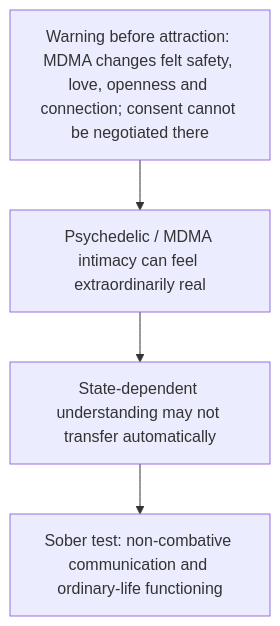
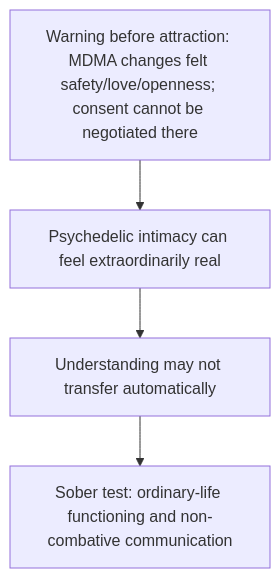
One commit to u-dont-existDOTcom/pangram-humanization-lab changed diagram 14 of 14 in work/romance-current-assembly/ARCHITECTURE.md. Above: the diagram before and after it, drawn with Mermaid. The commit also changed other lines of this file, not shown here.

Commit message:
state: sync Romance architecture to Toft Anami pass

````diff
--- a/work/romance-current-assembly/ARCHITECTURE.md
+++ b/work/romance-current-assembly/ARCHITECTURE.md
@@ -187,9 +262,9 @@
 ```mermaid
 flowchart TD
-    warning["Warning before attraction: MDMA changes felt safety, love, openness and connection; consent cannot be negotiated there"]
-    altered["Psychedelic / MDMA intimacy can feel extraordinarily real"]
-    stateDependent["State-dependent understanding may not transfer automatically"]
-    sober["Sober test: non-combative communication and ordinary-life functioning"]
+    warning["Warning before attraction: MDMA changes felt safety/love/openness; consent cannot be negotiated there"]
+    altered["Psychedelic intimacy can feel extraordinarily real"]
+    stateDependent["Understanding may not transfer automatically"]
+    sober["Sober test: ordinary-life functioning and non-combative communication"]
 
     warning --> altered --> stateDependent --> sober
 ```
````
